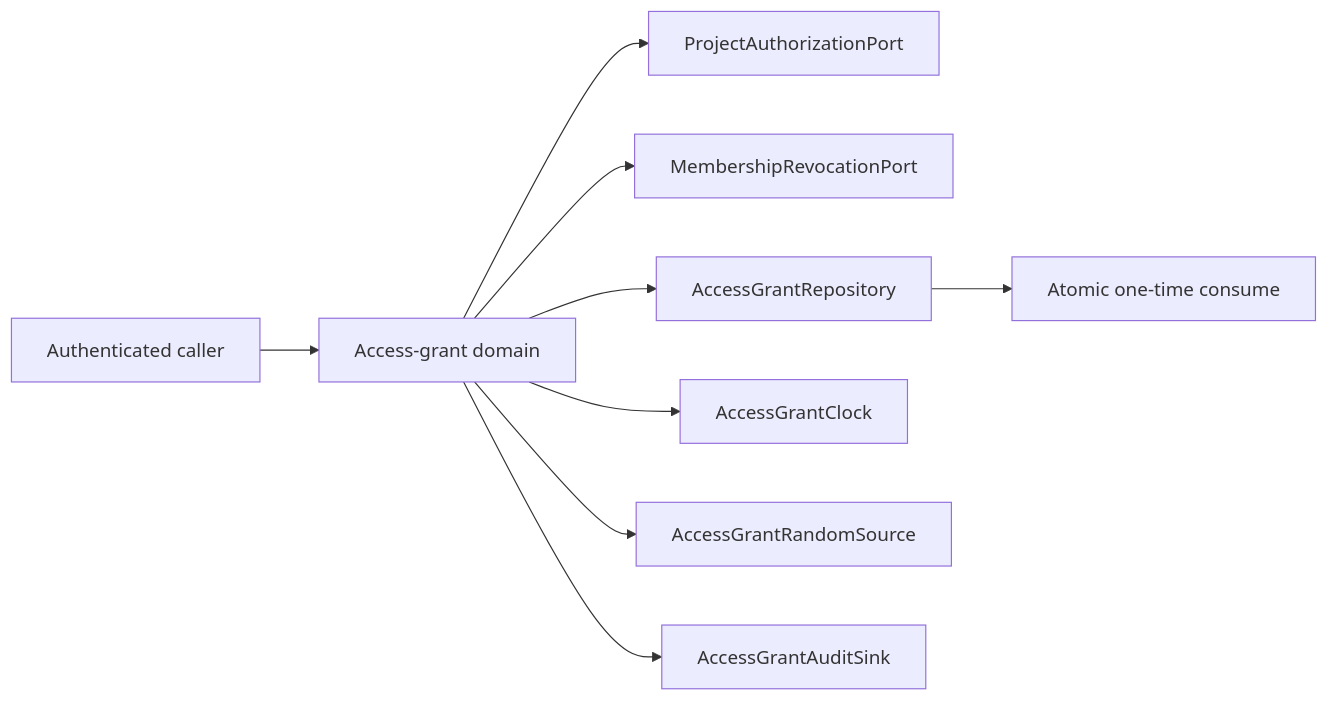
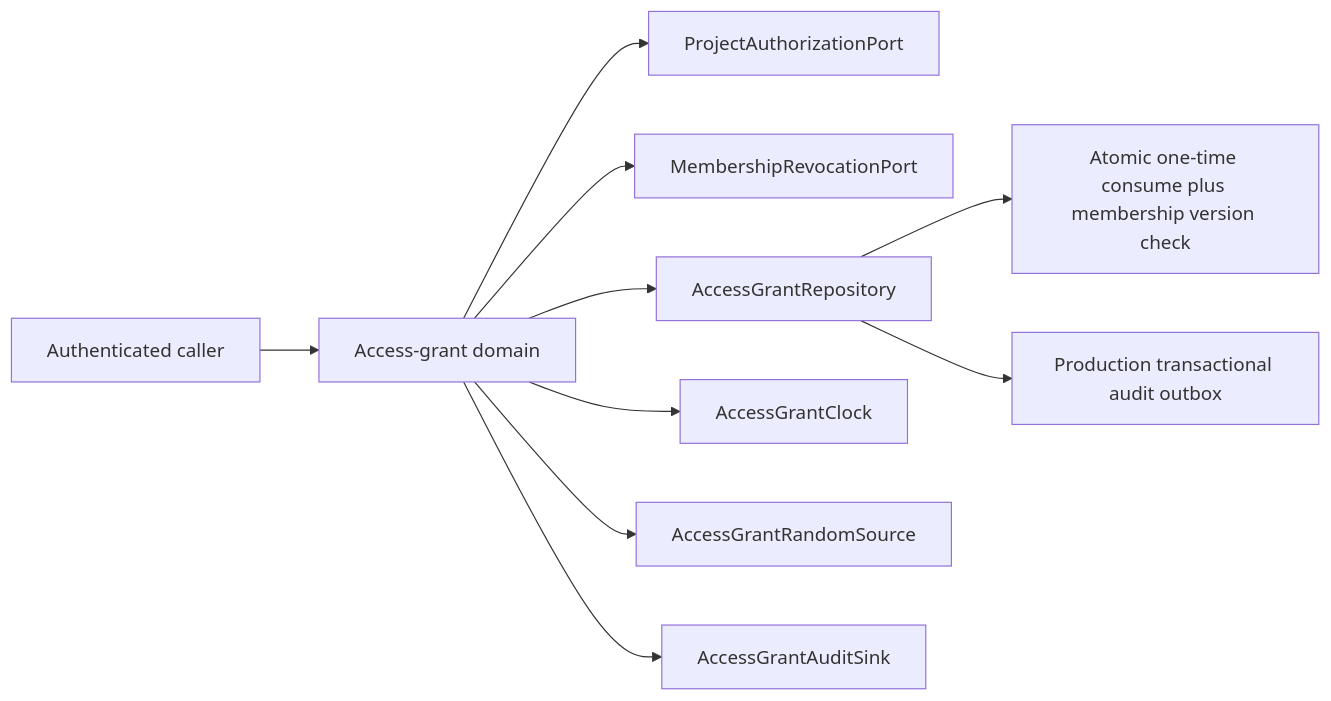
Before and after one commit to ContextualWisdomLab/scopeweave: the diagram in docs/doctoring/short-lived-access-grant-domain.md, drawn with Mermaid. The commit also changed other lines of this file, not shown here.

Commit message:
docs(access): define race-safe membership and audit durability

````diff
--- a/docs/doctoring/short-lived-access-grant-domain.md
+++ b/docs/doctoring/short-lived-access-grant-domain.md
@@ -49,11 +49,12 @@
 ```mermaid
 flowchart LR
   Caller[Authenticated caller] --> Domain[Access-grant domain]
   Domain --> Authz[ProjectAuthorizationPort]
   Domain --> Membership[MembershipRevocationPort]
   Domain --> Repository[AccessGrantRepository]
   Domain --> Clock[AccessGrantClock]
   Domain --> Random[AccessGrantRandomSource]
   Domain --> Audit[AccessGrantAuditSink]
-  Repository --> Atomic[Atomic one-time consume]
+  Repository --> Atomic[Atomic one-time consume plus membership version check]
+  Repository --> Outbox[Production transactional audit outbox]
 ```
````
